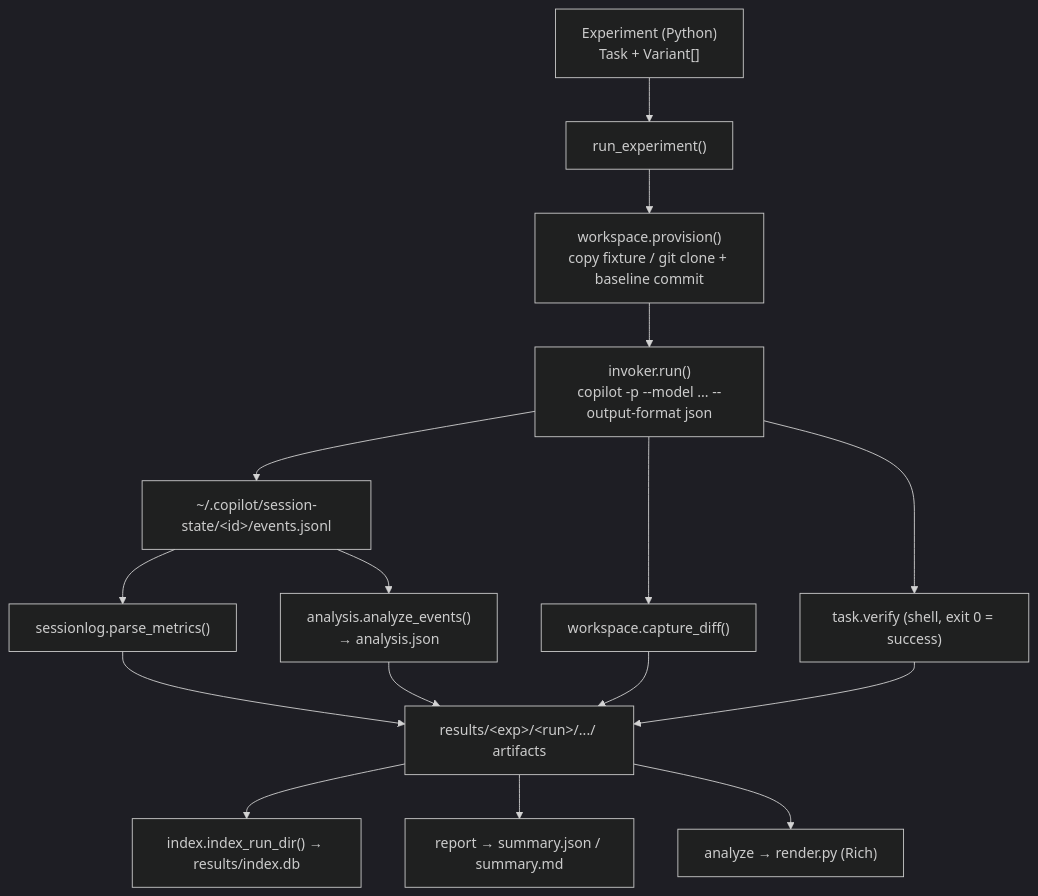
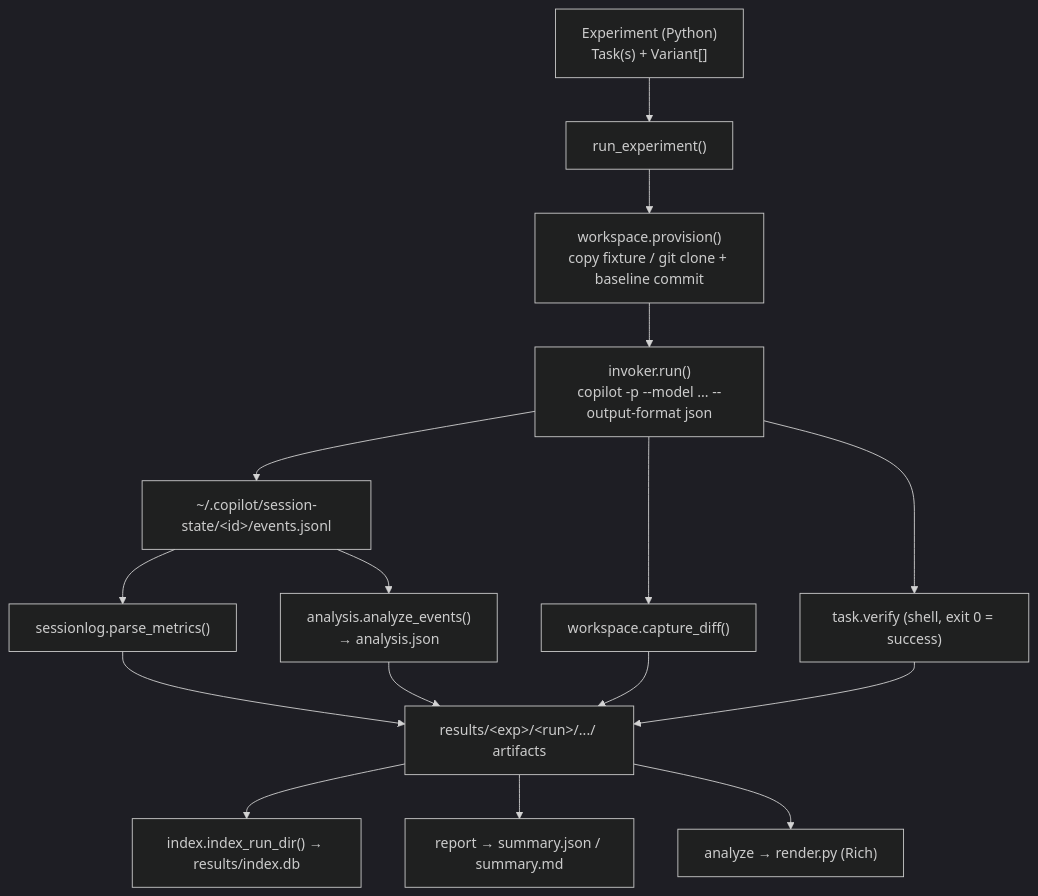
One commit to dbroeglin/github-copilot-lab changed the diagram in docs/architecture.md. Above: the diagram before and after it, drawn with Mermaid (dark theme). The commit also changed other lines of this file and 19 other files, not shown here.

First line of the commit message:
Make task a first-class experiment axis (ADR-0012)

````diff
--- a/docs/architecture.md
+++ b/docs/architecture.md
@@ -8,18 +8,18 @@
 ```mermaid
 flowchart TD
-    EXP["Experiment (Python)\nTask + Variant[]"] --> RUN["run_experiment()"]
+    EXP["Experiment (Python)\nTask(s) + Variant[]"] --> RUN["run_experiment()"]
     RUN --> PROV["workspace.provision()\ncopy fixture / git clone + baseline commit"]
     PROV --> INV["invoker.run()\ncopilot -p --model ... --output-format json"]
     INV --> SS["~/.copilot/session-state/&lt;id&gt;/events.jsonl"]
     SS --> PARSE["sessionlog.parse_metrics()"]
     INV --> DIFF["workspace.capture_diff()"]
     INV --> VERIFY["task.verify (shell, exit 0 = success)"]
     PARSE --> ART["results/&lt;exp&gt;/&lt;run&gt;/.../ artifacts"]
     SS --> ANA["analysis.analyze_events()\n→ analysis.json"]
     ANA --> ART
     DIFF --> ART
     VERIFY --> ART
     ART --> IDX["index.index_run_dir() → results/index.db"]
     ART --> REP["report → summary.json / summary.md"]
     ART --> CLIA["analyze → render.py (Rich)"]
 ```
````
